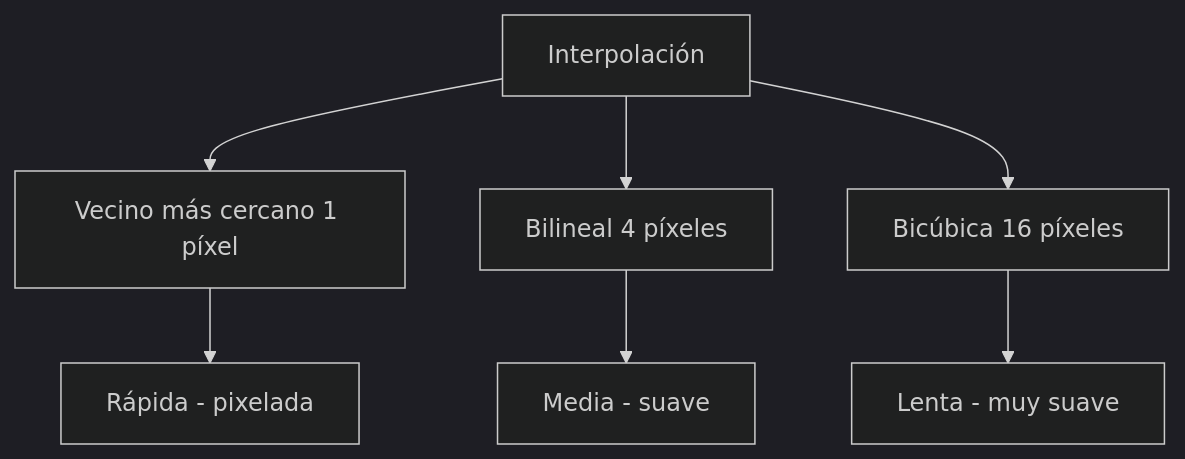
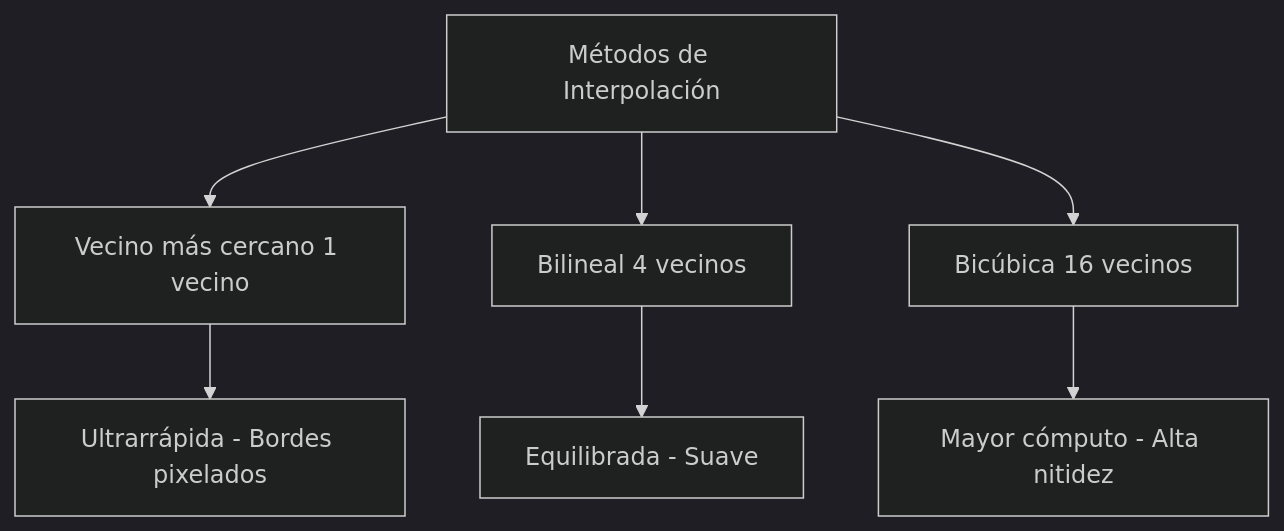
One commit to kriv-bit/Apuntes-Vision-Artificial changed the diagram in Conceptos/Interpolación.md. Above: the diagram before and after it, drawn with Mermaid (dark theme). The commit also changed other lines of this file and 7 other files, not shown here.

````diff
--- a/Conceptos/Interpolación.md
+++ b/Conceptos/Interpolación.md
@@ -43,9 +56,9 @@
 ```mermaid
 graph TD
-    I[Interpolación] --> A[Vecino más cercano 1 píxel]
-    I --> B[Bilineal 4 píxeles]
-    I --> C[Bicúbica 16 píxeles]
-    A --> R1[Rápida - pixelada]
-    B --> R2[Media - suave]
-    C --> R3[Lenta - muy suave]
+    I[Métodos de Interpolación] --> A[Vecino más cercano 1 vecino]
+    I --> B[Bilineal 4 vecinos]
+    I --> C[Bicúbica 16 vecinos]
+    A --> R1[Ultrarrápida - Bordes pixelados]
+    B --> R2[Equilibrada - Suave]
+    C --> R3[Mayor cómputo - Alta nitidez]
 ```
````
